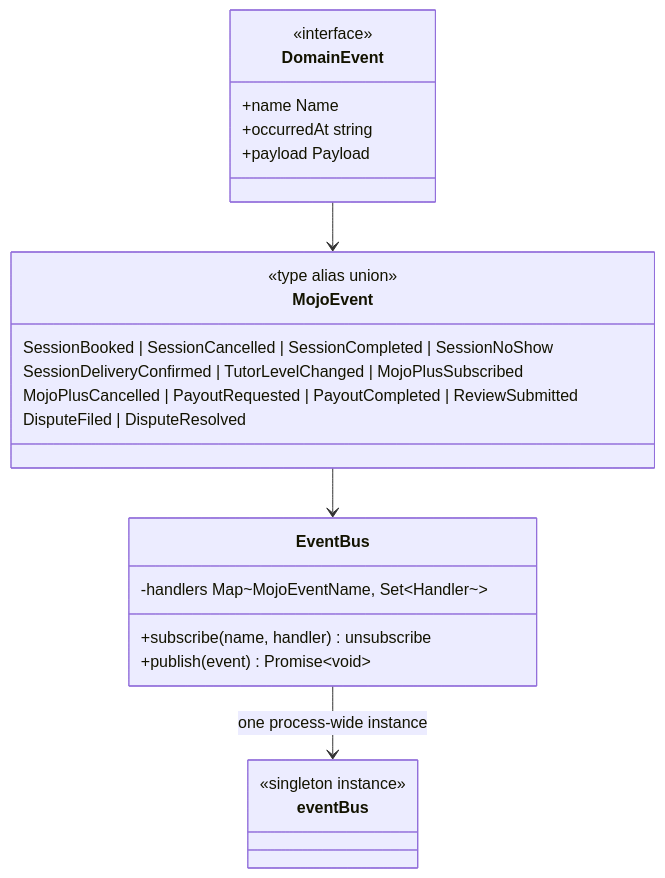
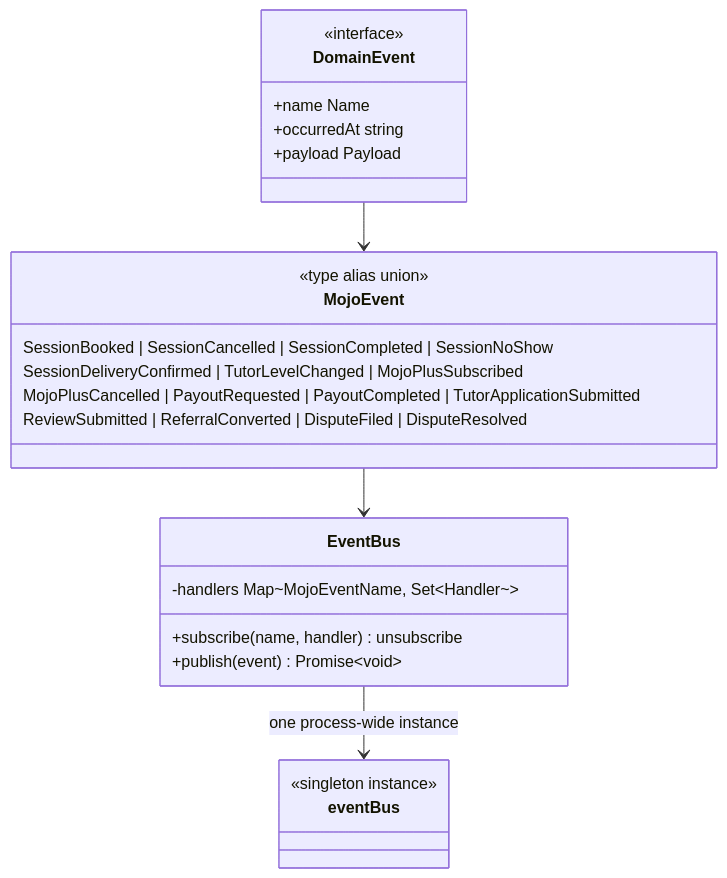
The second of 22 diagrams in docs/uml/02-class-diagrams.md (theforge-x/mojo), drawn with Mermaid before and after one commit. The commit also changed other lines of this file and 87 other files, not shown here.

First line of the commit message:
feat: full-depth modules, enforced clean-architecture boundaries, vitest aliases

````diff
--- a/docs/uml/02-class-diagrams.md
+++ b/docs/uml/02-class-diagrams.md
@@ -76,27 +84,27 @@
 ```mermaid
 classDiagram
     class DomainEvent {
         <<interface>>
         +name Name
         +occurredAt string
         +payload Payload
     }
     class MojoEvent {
         <<type alias union>>
         SessionBooked | SessionCancelled | SessionCompleted | SessionNoShow
         SessionDeliveryConfirmed | TutorLevelChanged | MojoPlusSubscribed
-        MojoPlusCancelled | PayoutRequested | PayoutCompleted | ReviewSubmitted
-        DisputeFiled | DisputeResolved
+        MojoPlusCancelled | PayoutRequested | PayoutCompleted | TutorApplicationSubmitted
+        ReviewSubmitted | ReferralConverted | DisputeFiled | DisputeResolved
     }
     class EventBus {
         -handlers Map~MojoEventName, Set~Handler~~
         +subscribe(name, handler) unsubscribe
         +publish(event) Promise~void~
     }
     class eventBus {
         <<singleton instance>>
     }
     DomainEvent --> MojoEvent
     MojoEvent --> EventBus
     EventBus --> eventBus : one process-wide instance
 ```
````
